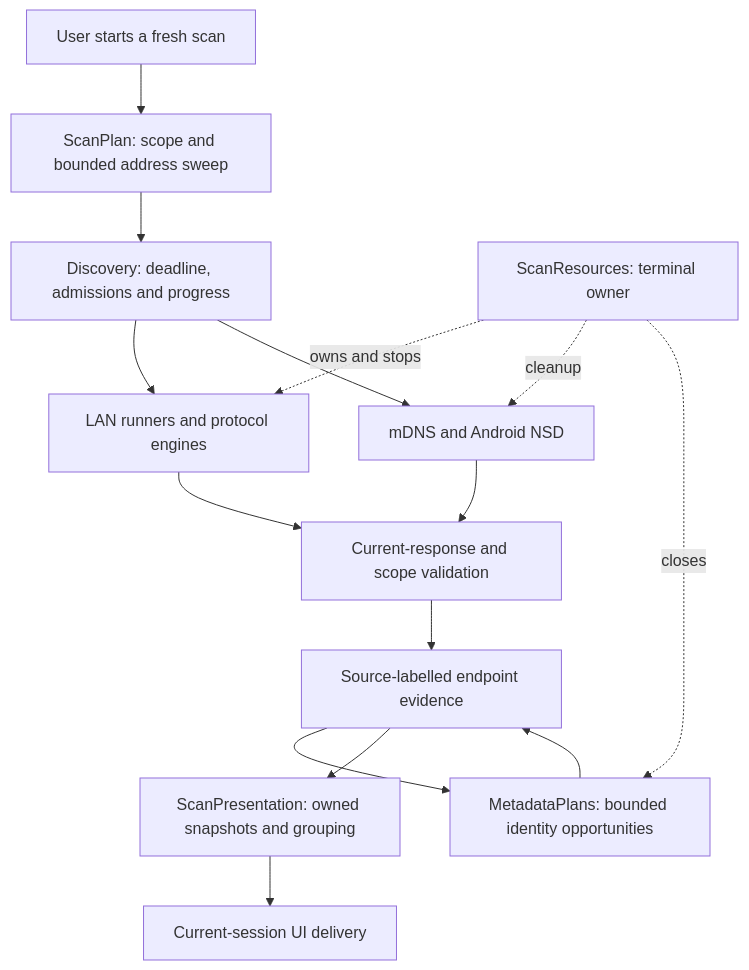
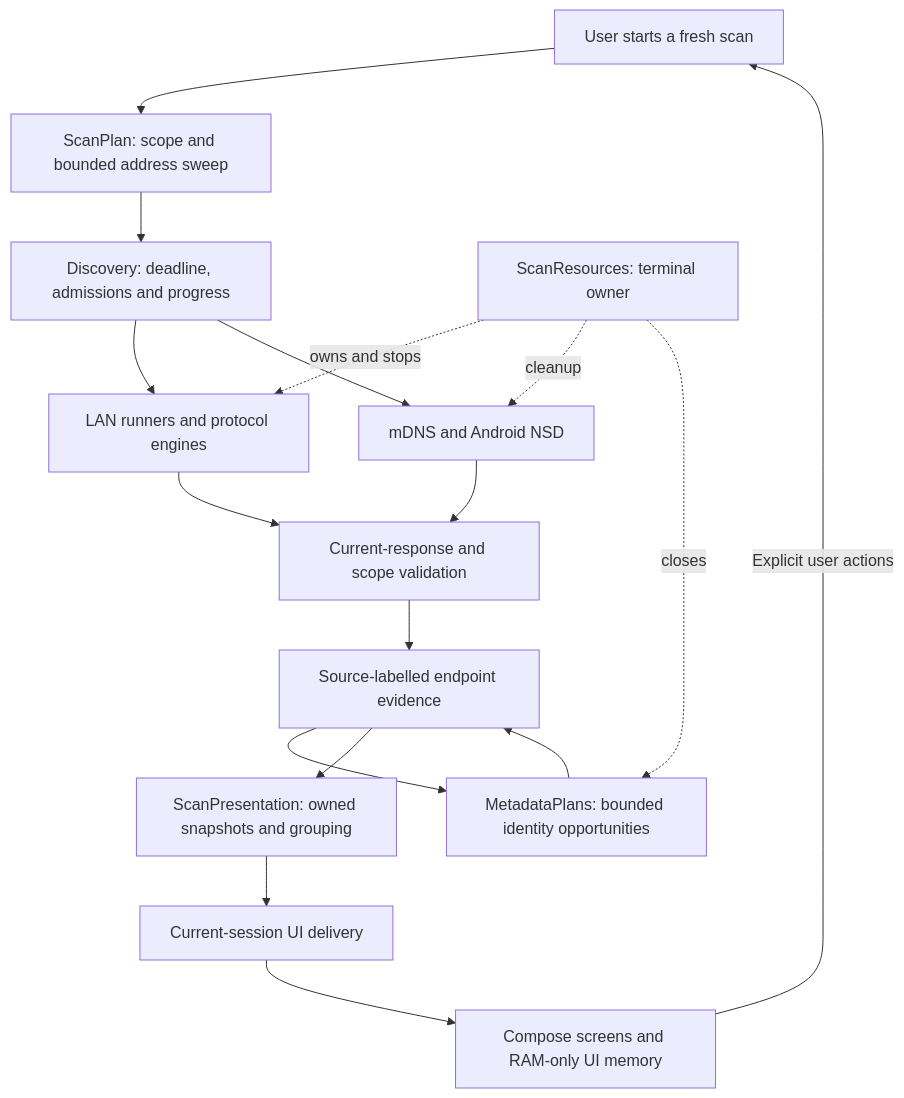
The diagram in docs/reference/SCAN-ARCHITECTURE.md (kazands/network-lens), drawn with Mermaid before and after one commit. The commit also changed other lines of this file and 104 other files, not shown here.

````diff
--- a/docs/reference/SCAN-ARCHITECTURE.md
+++ b/docs/reference/SCAN-ARCHITECTURE.md
@@ -5,17 +5,19 @@
 ```mermaid
 flowchart TD
     A[User starts a fresh scan] --> B[ScanPlan: scope and bounded address sweep]
     B --> C[Discovery: deadline, admissions and progress]
     C --> D[LAN runners and protocol engines]
     C --> E[mDNS and Android NSD]
     D --> F[Current-response and scope validation]
     E --> F
     F --> G[Source-labelled endpoint evidence]
     G --> H[MetadataPlans: bounded identity opportunities]
     H --> G
     G --> I[ScanPresentation: owned snapshots and grouping]
     I --> J[Current-session UI delivery]
+    J --> L[Compose screens and RAM-only UI memory]
+    L -->|Explicit user actions| A
     K[ScanResources: terminal owner] -. owns and stops .-> D
     K -. cleanup .-> E
     K -. closes .-> H
 ```
````
